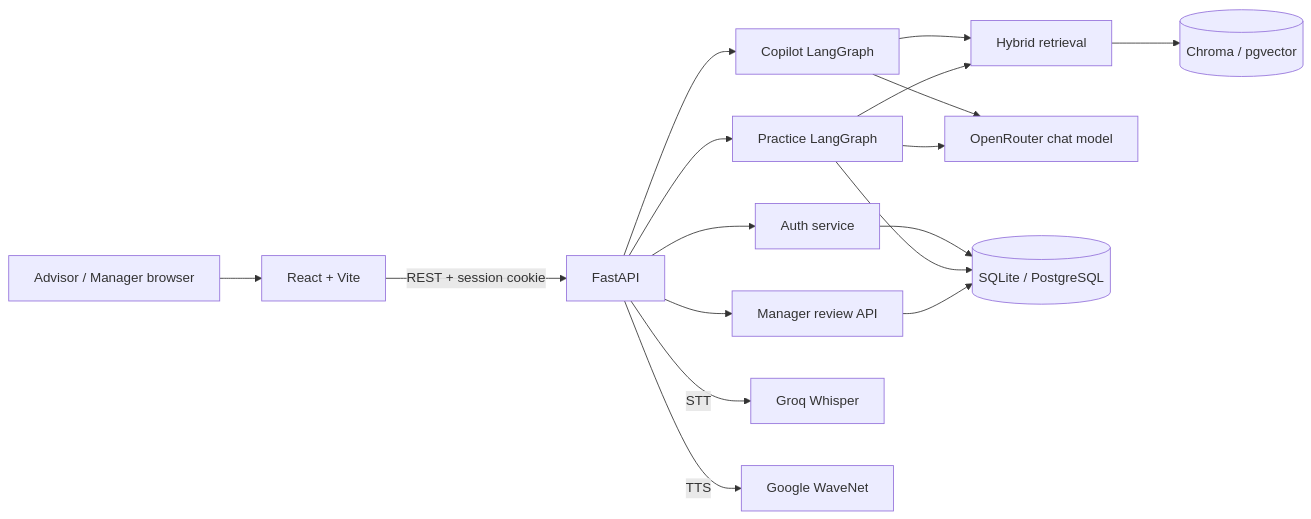
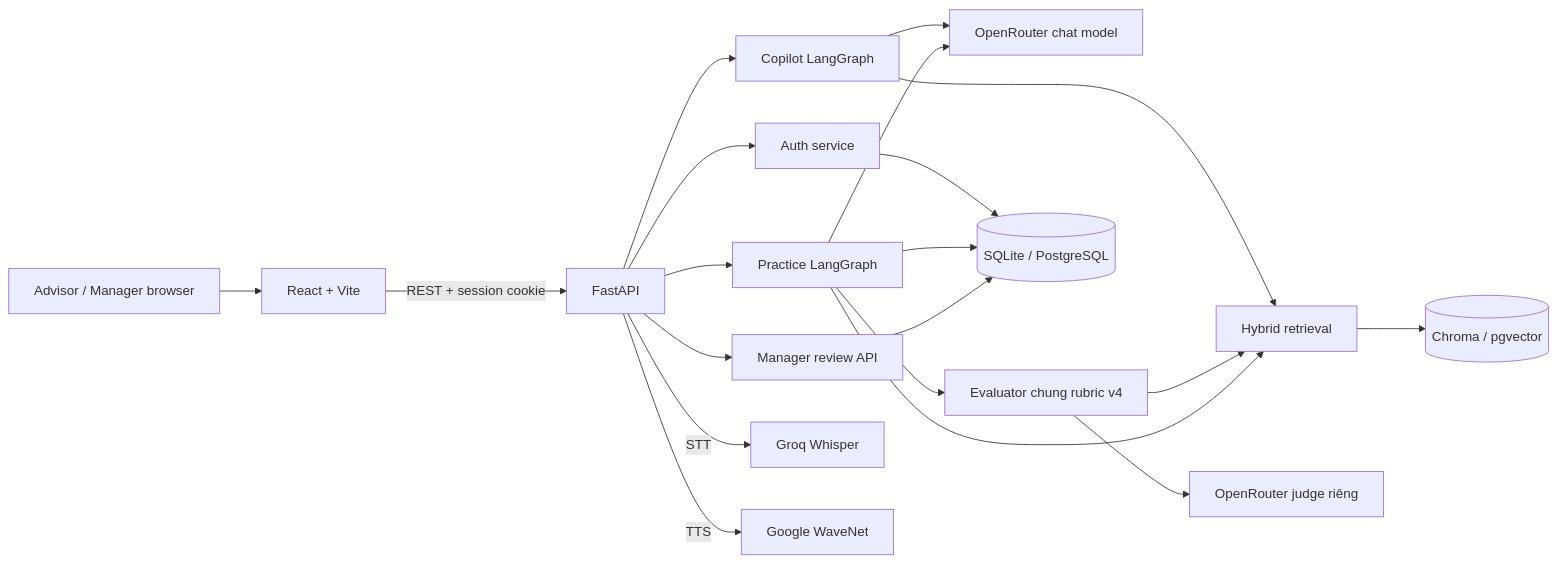
One commit to AnCoder1310/AI-Sale changed the first of 3 diagrams in ARCHITECTURE.md. Above: the diagram before and after it, drawn with Mermaid. The commit also changed other lines of this file and 1 other file, not shown here.

Commit message:
docs(architecture): document current system design with Mermaid diagrams

````diff
--- a/ARCHITECTURE.md
+++ b/ARCHITECTURE.md
@@ -9,19 +9,22 @@
 ```mermaid
 flowchart LR
   A[Advisor / Manager browser] --> UI[React + Vite]
   UI -->|REST + session cookie| API[FastAPI]
   API --> AUTH[Auth service]
   API --> CP[Copilot LangGraph]
   API --> RP[Practice LangGraph]
   API --> REVIEW[Manager review API]
   CP --> RET[Hybrid retrieval]
   RET --> VEC[(Chroma / pgvector)]
   CP --> LLM[OpenRouter chat model]
   RP --> LLM
+  RP --> JUDGE[Evaluator chung rubric v4]
+  JUDGE --> JM[OpenRouter judge riêng]
+  JUDGE --> RET
   RP --> RET
   API -->|STT| GROQ[Groq Whisper]
   API -->|TTS| GTTS[Google WaveNet]
   AUTH --> SQL[(SQLite / PostgreSQL)]
   RP --> SQL
   REVIEW --> SQL
 ```
````
